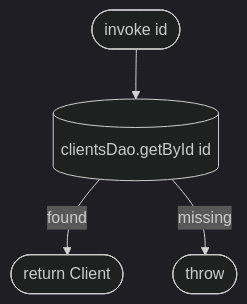
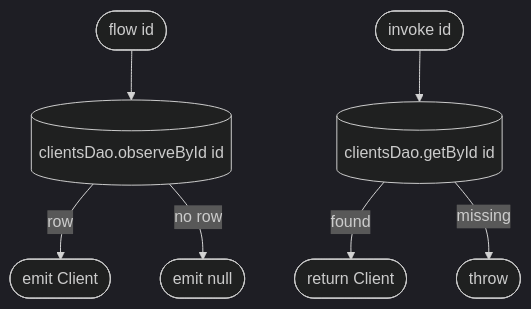
Before and after one commit to nocturneproperties/bookkme-client: the diagram in docs/operations/clients/get-client.md, drawn with Mermaid (dark theme). The commit also changed other lines of this file and 169 other files, not shown here.

````diff
--- a/docs/operations/clients/get-client.md
+++ b/docs/operations/clients/get-client.md
@@ -10,6 +12,9 @@
 ```mermaid
 flowchart TD
+    F([flow id]) --> Obs[(clientsDao.observeById id)]
+    Obs -- row --> FR([emit Client])
+    Obs -- no row --> FN([emit null])
     Start([invoke id]) --> DB[(clientsDao.getById id)]
     DB -- found --> R([return Client])
     DB -- missing --> EX([throw])
 ```
````
